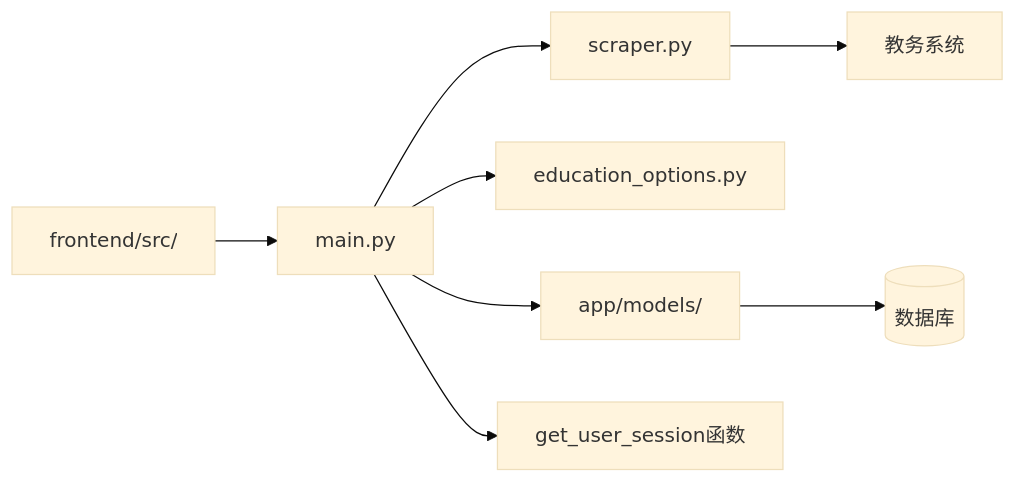
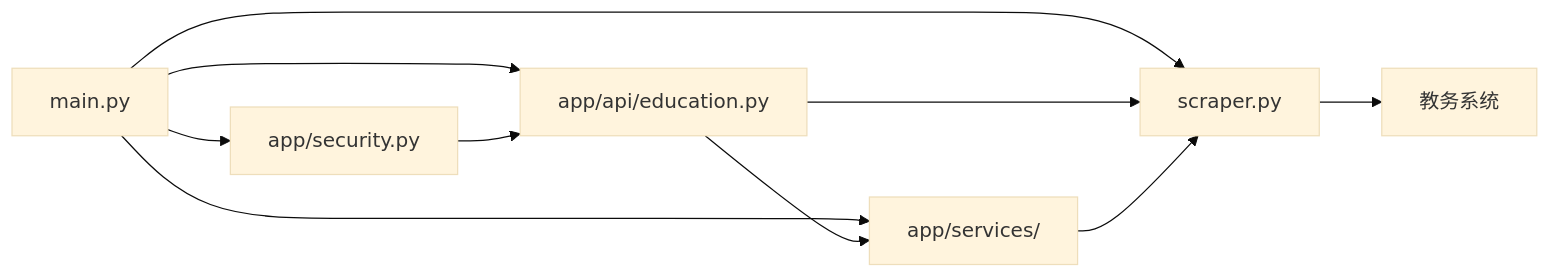
One commit to ghbbn053-ship-itsoulddog/soulddog changed diagram 13 of 15 in .qoder/repowiki/zh/content/后端API文档/个人信息查询API.md. Above: the diagram before and after it, drawn with Mermaid (base theme). The commit also changed other lines of this file and 119 other files, not shown here.

````diff
--- a/.qoder/repowiki/zh/content/后端API文档/个人信息查询API.md
+++ b/.qoder/repowiki/zh/content/后端API文档/个人信息查询API.md
@@ -511,10 +600,12 @@
 ```mermaid
 graph LR
 Main[main.py] --> Scraper[scraper.py]
-Main --> Options[education_options.py]
-Main --> Models[app/models/]
-Main --> SessionMgr[get_user_session函数]
-Frontend[frontend/src/] --> Main
+Main --> EducationAPI[app/api/education.py]
+Main --> Services[app/services/]
+Main --> Security[app/security.py]
+EducationAPI --> Scraper
+EducationAPI --> Services
+Services --> Scraper
+Security --> EducationAPI
 Scraper --> EduSys[教务系统]
-Models --> Database[(数据库)]
 ```
````
